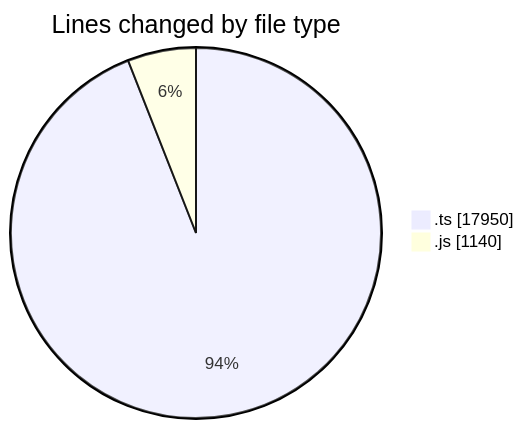
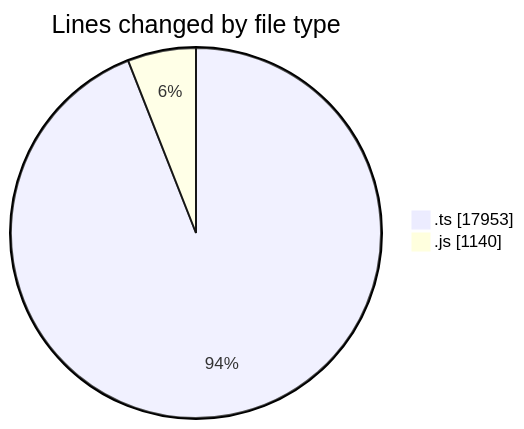
The first of 2 diagrams in 2025-06-27/cda/README.md (momahboobian/code-tracking), drawn with Mermaid before and after one commit. The commit also changed other lines of this file and 1 other file, not shown here.

````diff
--- a/2025-06-27/cda/README.md
+++ b/2025-06-27/cda/README.md
@@ -30,6 +30,6 @@
 ```mermaid
 pie showData
 title Lines changed by file type
-".ts" : 17950
+".ts" : 17953
 ".js" : 1140
 ```
````
